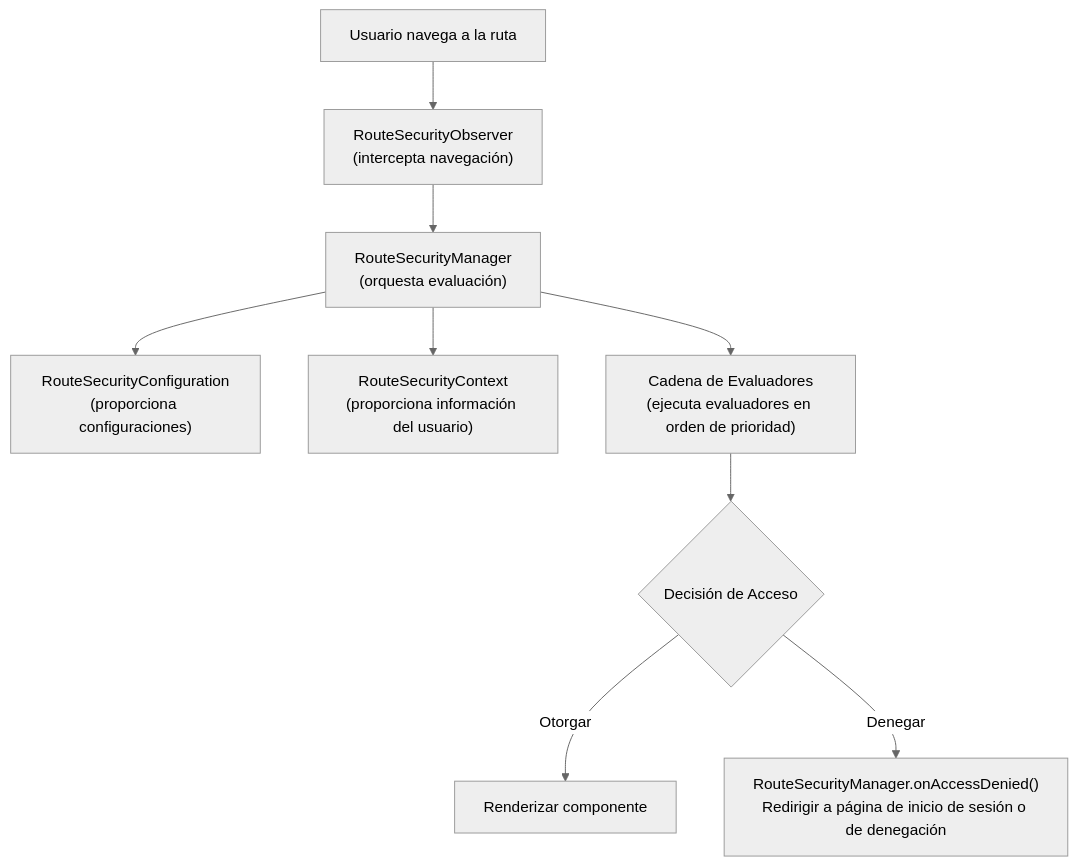
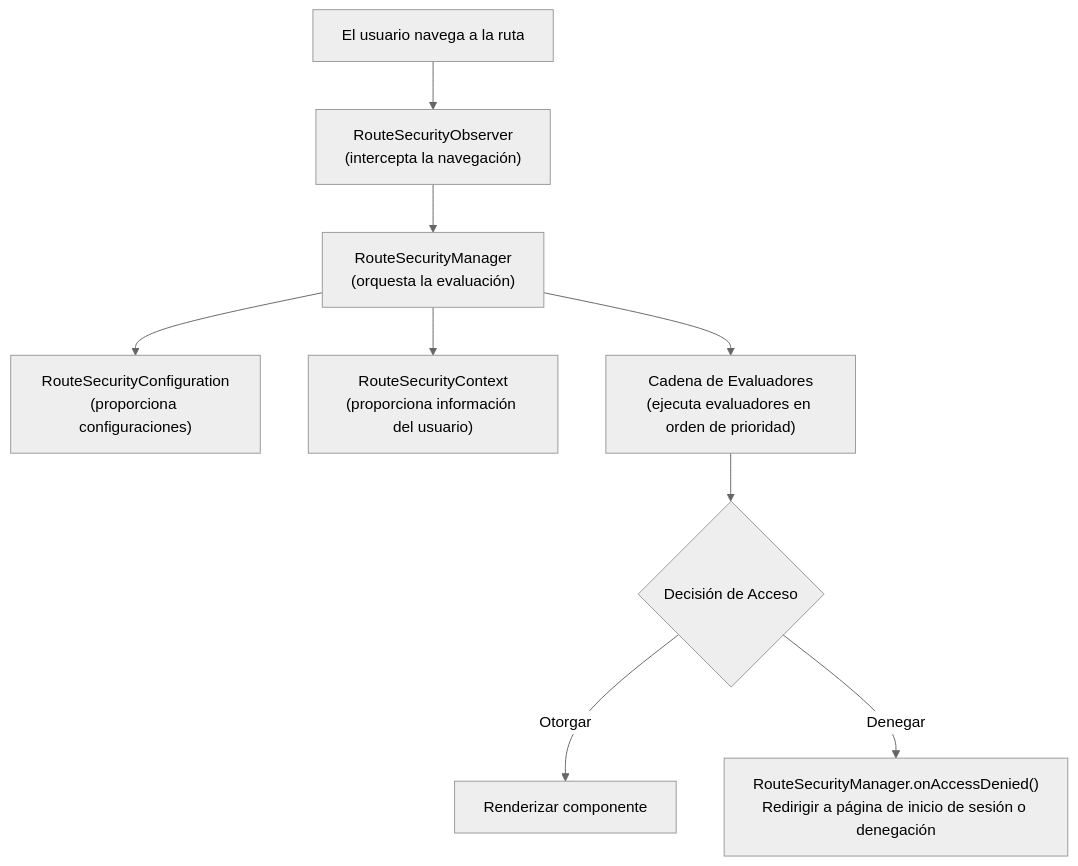
The diagram in docs/i18n/es/docusaurus-plugin-content-docs/current/security/architecture/foundational-architecture.md (webforj/webforj-documentation), drawn with Mermaid (neutral theme) before and after one commit. The commit also changed other lines of this file and 389 other files, not shown here.

````diff
--- a/docs/i18n/es/docusaurus-plugin-content-docs/current/security/architecture/foundational-architecture.md
+++ b/docs/i18n/es/docusaurus-plugin-content-docs/current/security/architecture/foundational-architecture.md
@@ -113,13 +113,13 @@
 ```mermaid
 flowchart TB
-    User["Usuario navega a la ruta"] --> Observer["RouteSecurityObserver<br/>(intercepta navegación)"]
-    Observer --> Manager["RouteSecurityManager<br/>(orquesta evaluación)"]
+  User["El usuario navega a la ruta"] --> Observer["RouteSecurityObserver<br/>(intercepta la navegación)"]
+  Observer --> Manager["RouteSecurityManager<br/>(orquesta la evaluación)"]
 
-    Manager --> Config["RouteSecurityConfiguration<br/>(proporciona configuraciones)"]
-    Manager --> Context["RouteSecurityContext<br/>(proporciona información del usuario)"]
-    Manager --> Chain["Cadena de Evaluadores<br/>(ejecuta evaluadores en orden de prioridad)"]
+  Manager --> Config["RouteSecurityConfiguration<br/>(proporciona configuraciones)"]
+  Manager --> Context["RouteSecurityContext<br/>(proporciona información del usuario)"]
+  Manager --> Chain["Cadena de Evaluadores<br/>(ejecuta evaluadores en orden de prioridad)"]
 
-    Chain --> Decision{"Decisión de Acceso"}
-    Decision -->|"Otorgar"| Render["Renderizar componente"]
-    Decision -->|"Denegar"| Redirect["RouteSecurityManager.onAccessDenied()<br/>Redirigir a página de inicio de sesión o de denegación"]
+  Chain --> Decision{"Decisión de Acceso"}
+  Decision -->|"Otorgar"| Render["Renderizar componente"]
+  Decision -->|"Denegar"| Redirect["RouteSecurityManager.onAccessDenied()<br/>Redirigir a página de inicio de sesión o denegación"]
 ```
````
